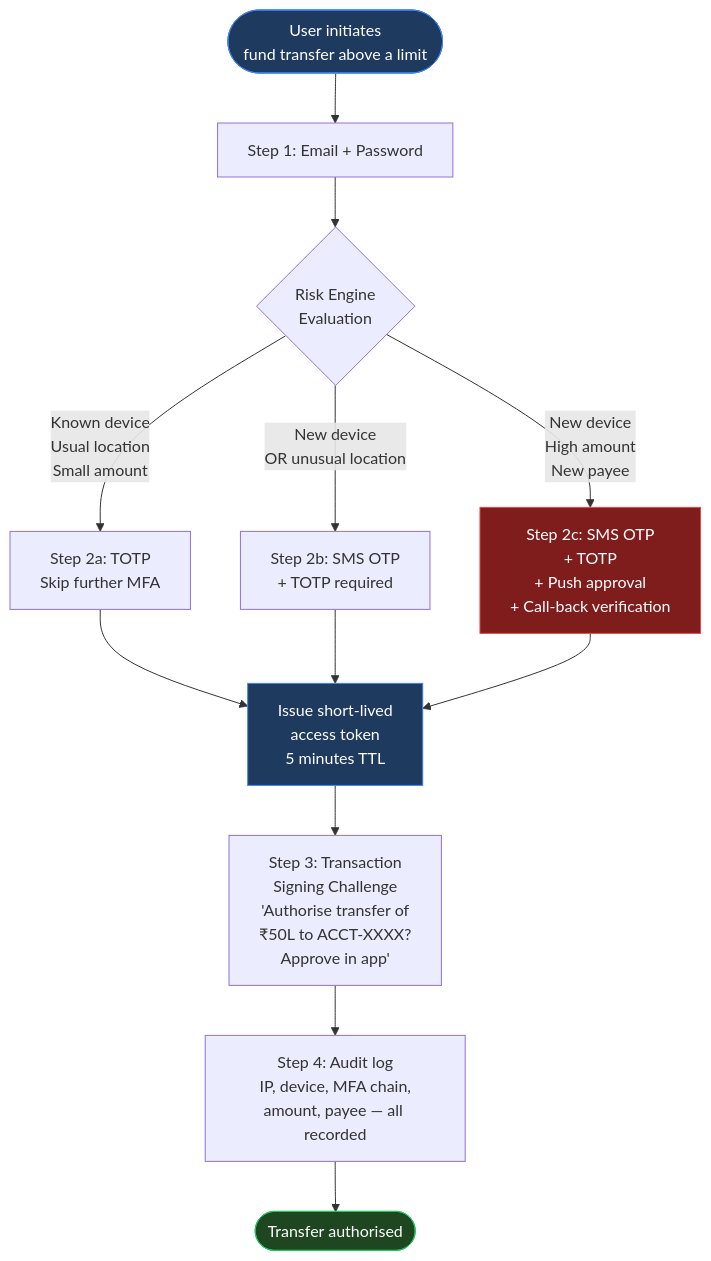
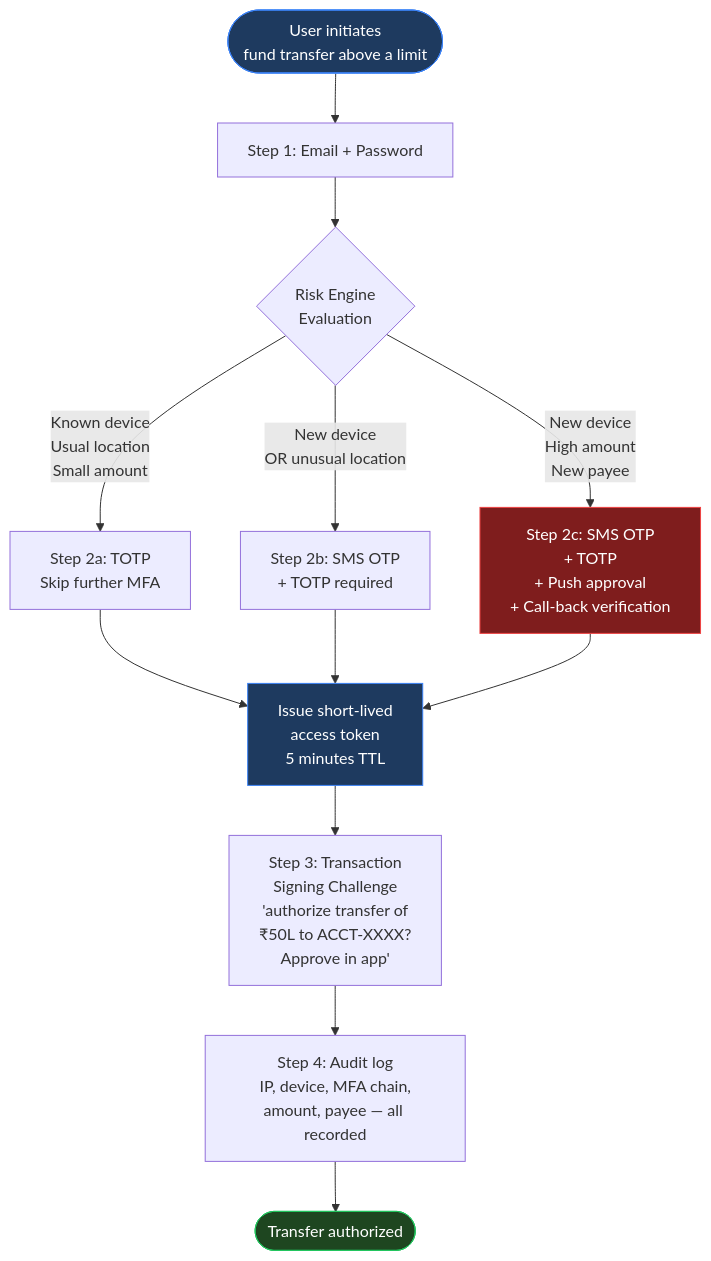
One commit to thinkIdentity/thinkIdentity.github.io changed the fourth of 9 diagrams in _posts/2026/05/2026-05-08-authentication-deep-dive-passwords-mfa-passkeys.md. Above: the diagram before and after it, drawn with Mermaid. The commit also changed other lines of this file and 14 other files, not shown here.

````diff
--- a/_posts/2026/05/2026-05-08-authentication-deep-dive-passwords-mfa-passkeys.md
+++ b/_posts/2026/05/2026-05-08-authentication-deep-dive-passwords-mfa-passkeys.md
@@ -163,22 +163,22 @@
 ```mermaid
 flowchart TD
     Start([User initiates<br/>fund transfer above a limit]) --> Login[Step 1: Email + Password]
     Login --> Risk{Risk Engine<br/>Evaluation}
 
     Risk -->|Known device<br/>Usual location<br/>Small amount| Low[Step 2a: TOTP<br/>Skip further MFA]
     Risk -->|New device<br/>OR unusual location| Med[Step 2b: SMS OTP<br/>+ TOTP required]
     Risk -->|New device<br/>High amount<br/>New payee| High[Step 2c: SMS OTP<br/>+ TOTP<br/>+ Push approval<br/>+ Call-back verification]
 
     Low --> Token[Issue short-lived<br/>access token<br/>5 minutes TTL]
     Med --> Token
     High --> Token
 
-    Token --> TransactionSign[Step 3: Transaction<br/>Signing Challenge<br/>'Authorise transfer of<br/>₹50L to ACCT-XXXX?<br/>Approve in app']
+    Token --> TransactionSign[Step 3: Transaction<br/>Signing Challenge<br/>'authorize transfer of<br/>₹50L to ACCT-XXXX?<br/>Approve in app']
     TransactionSign --> Audit[Step 4: Audit log<br/>IP, device, MFA chain,<br/>amount, payee — all recorded]
-    Audit --> Done([Transfer authorised])
+    Audit --> Done([Transfer authorized])
 
     style Start fill:#1e3a5f,stroke:#3b82f6,color:#fff
     style High fill:#7f1d1d,stroke:#ef4444,color:#fff
     style Done fill:#1e4620,stroke:#22c55e,color:#fff
     style Token fill:#1e3a5f,stroke:#3b82f6,color:#fff
 ```
````
